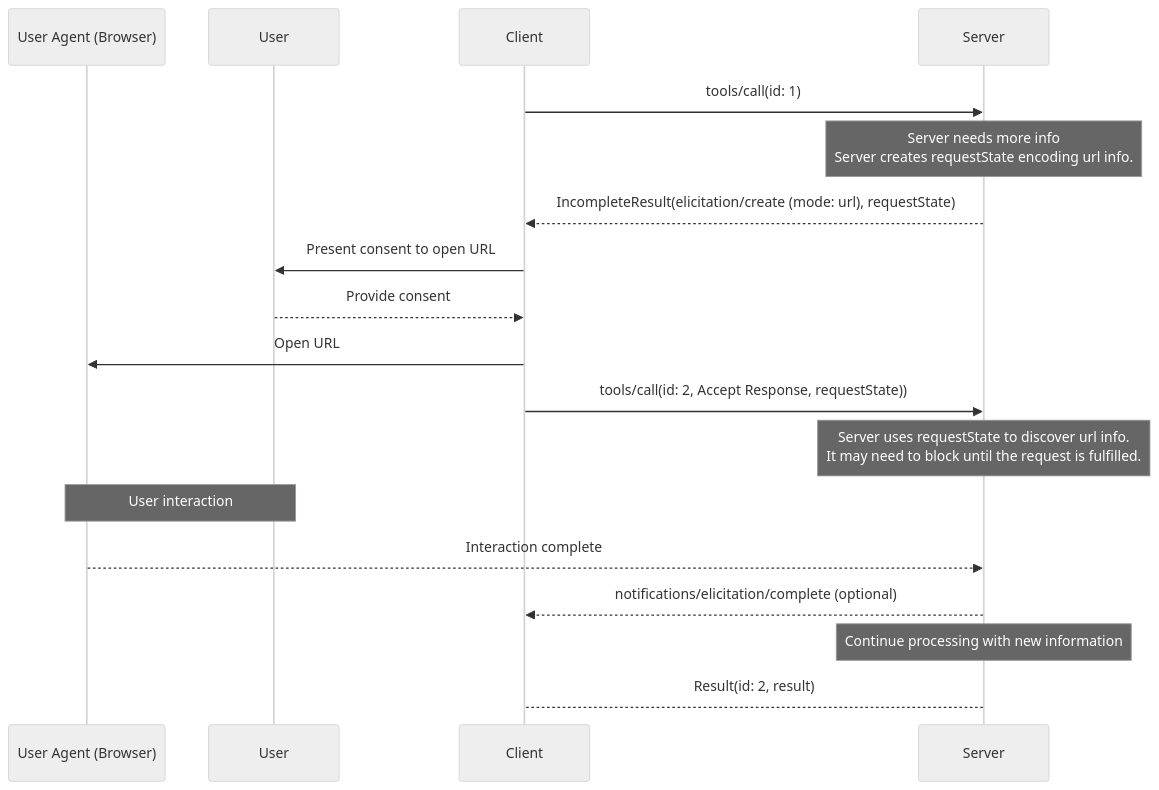
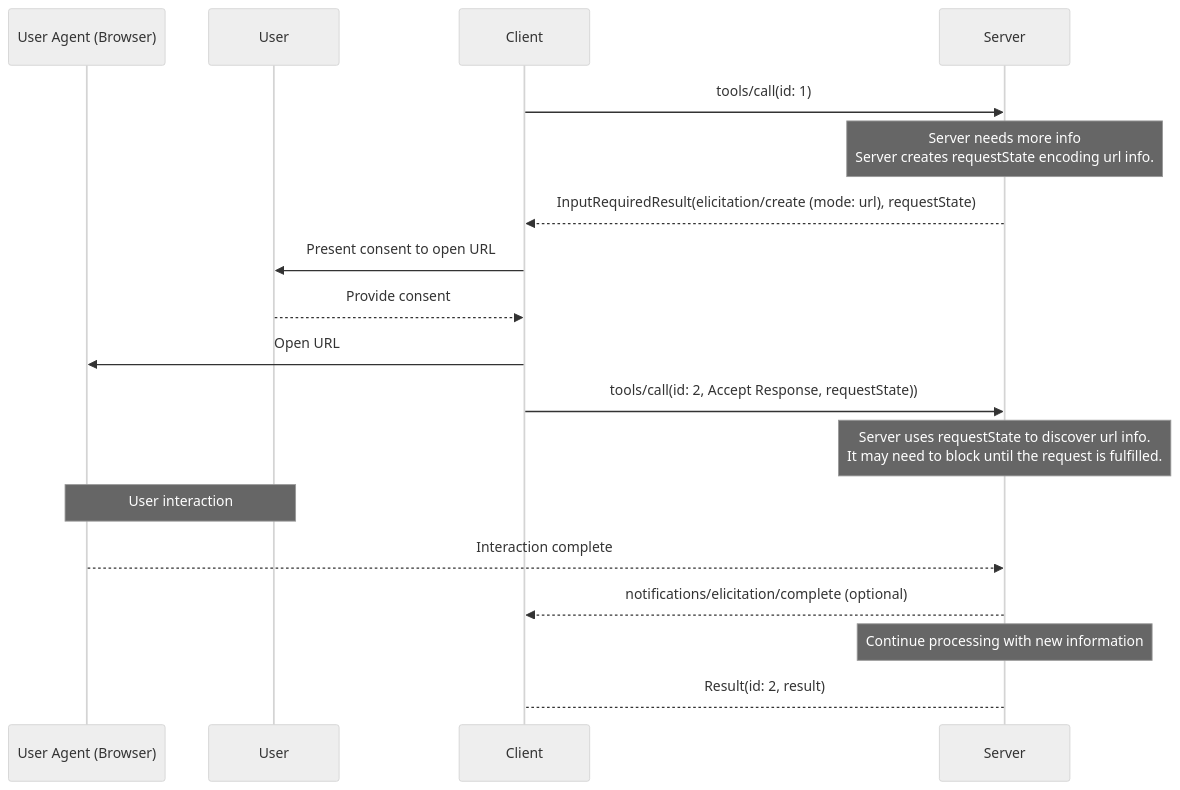
One commit to modelcontextprotocol/modelcontextprotocol changed the second of 3 diagrams in docs/specification/draft/client/elicitation.mdx. Above: the diagram before and after it, drawn with Mermaid (neutral theme). The commit also changed other lines of this file and 14 other files, not shown here.

First line of the commit message:
rename IncompleteResult to InputRequiredResult (#19)

````diff
--- a/docs/specification/draft/client/elicitation.mdx
+++ b/docs/specification/draft/client/elicitation.mdx
@@ -465,25 +465,25 @@
 ```mermaid
 sequenceDiagram
     participant UserAgent as User Agent (Browser)
     participant User
     participant Client
     participant Server
 
     Client->>Server: tools/call(id: 1)
     Note over Server: Server needs more info <br/> Server creates requestState encoding url info.
-    Server-->>Client: IncompleteResult(elicitation/create (mode: url), requestState)
+    Server-->>Client: InputRequiredResult(elicitation/create (mode: url), requestState)
 
     Client->>User: Present consent to open URL
     User-->>Client: Provide consent
 
     Client->>UserAgent: Open URL
     Client->>Server: tools/call(id: 2, Accept Response, requestState))
     Note over Server: Server uses requestState to discover url info. <br/> It may need to block until the request is fulfilled.
 
     Note over User,UserAgent: User interaction
     UserAgent-->>Server: Interaction complete
     Server-->>Client: notifications/elicitation/complete (optional)
 
     Note over Server: Continue processing with new information
     Server-->Client: Result(id: 2, result)
 ```
````
